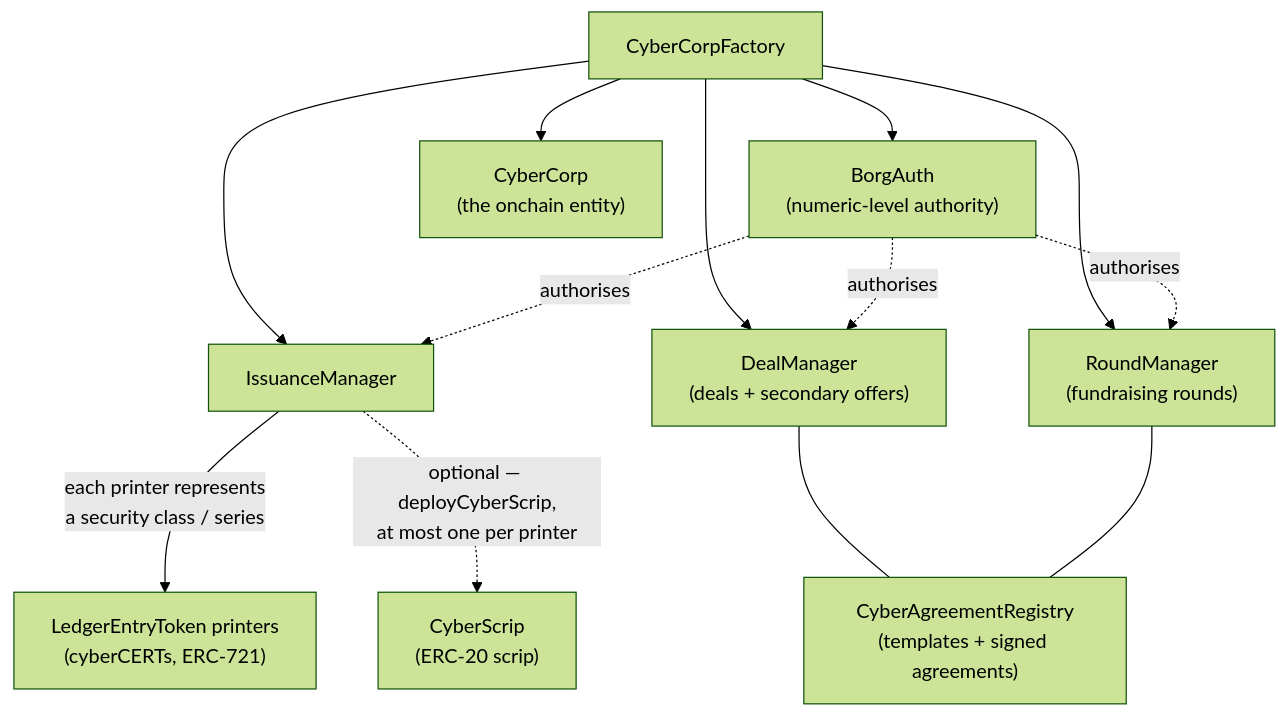
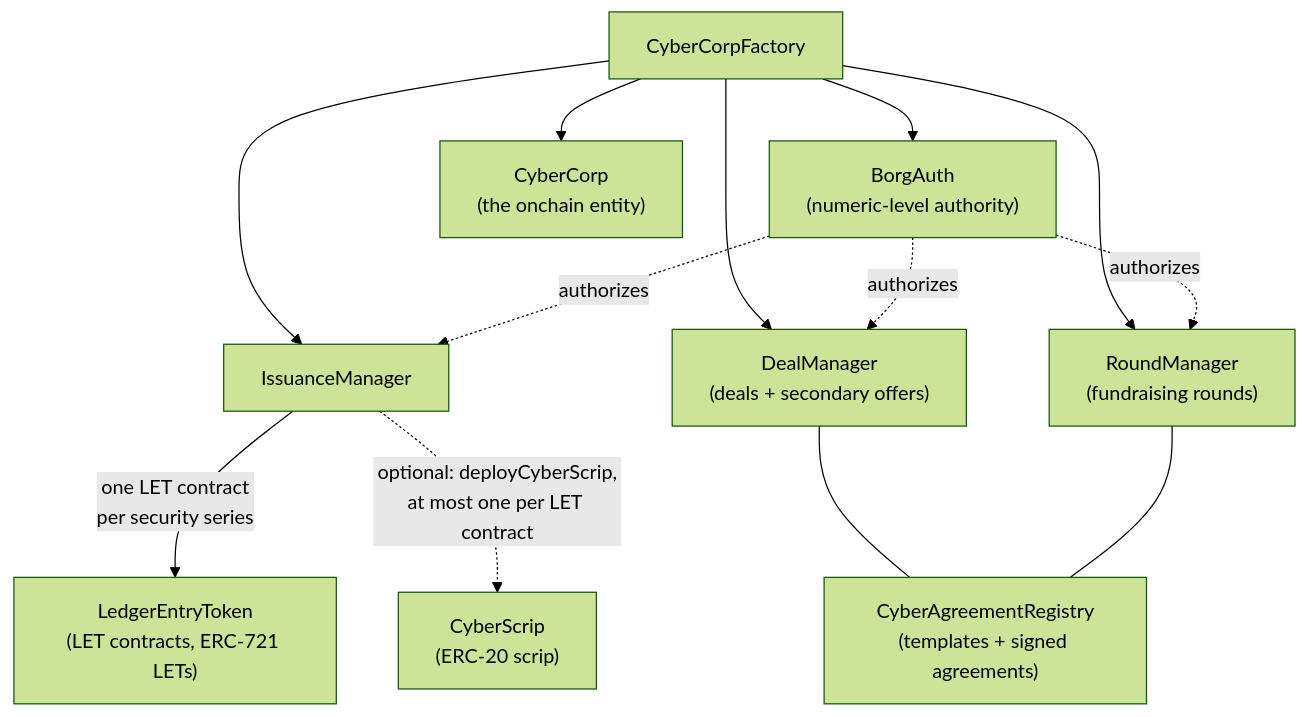
One commit to MetaLex-Tech/cybercorps-contracts changed the diagram in docs/reference/contracts.md. Above: the diagram before and after it, drawn with Mermaid (forest theme). The commit also changed other lines of this file and 74 other files, not shown here.

````diff
--- a/docs/reference/contracts.md
+++ b/docs/reference/contracts.md
@@ -17,15 +17,15 @@
 ```mermaid
 flowchart TD
     F["CyberCorpFactory"] --> AUTH["BorgAuth<br/>(numeric-level authority)"]
     F --> CORP["CyberCorp<br/>(the onchain entity)"]
     F --> IM["IssuanceManager"]
     F --> DM["DealManager<br/>(deals + secondary offers)"]
     F --> RM["RoundManager<br/>(fundraising rounds)"]
-    IM -- "each printer represents<br/>a security class / series" --> LET["LedgerEntryToken printers<br/>(cyberCERTs, ERC-721)"]
-    IM -. "optional — deployCyberScrip,<br/>at most one per printer" .-> SCRIP["CyberScrip<br/>(ERC-20 scrip)"]
+    IM -- "one LET contract<br/>per security series" --> LET["LedgerEntryToken<br/>(LET contracts, ERC-721 LETs)"]
+    IM -. "optional: deployCyberScrip,<br/>at most one per LET contract" .-> SCRIP["CyberScrip<br/>(ERC-20 scrip)"]
     DM --- REG["CyberAgreementRegistry<br/>(templates + signed agreements)"]
     RM --- REG
-    AUTH -. "authorises" .-> IM
-    AUTH -. "authorises" .-> DM
-    AUTH -. "authorises" .-> RM
+    AUTH -. "authorizes" .-> IM
+    AUTH -. "authorizes" .-> DM
+    AUTH -. "authorizes" .-> RM
 ```
````
